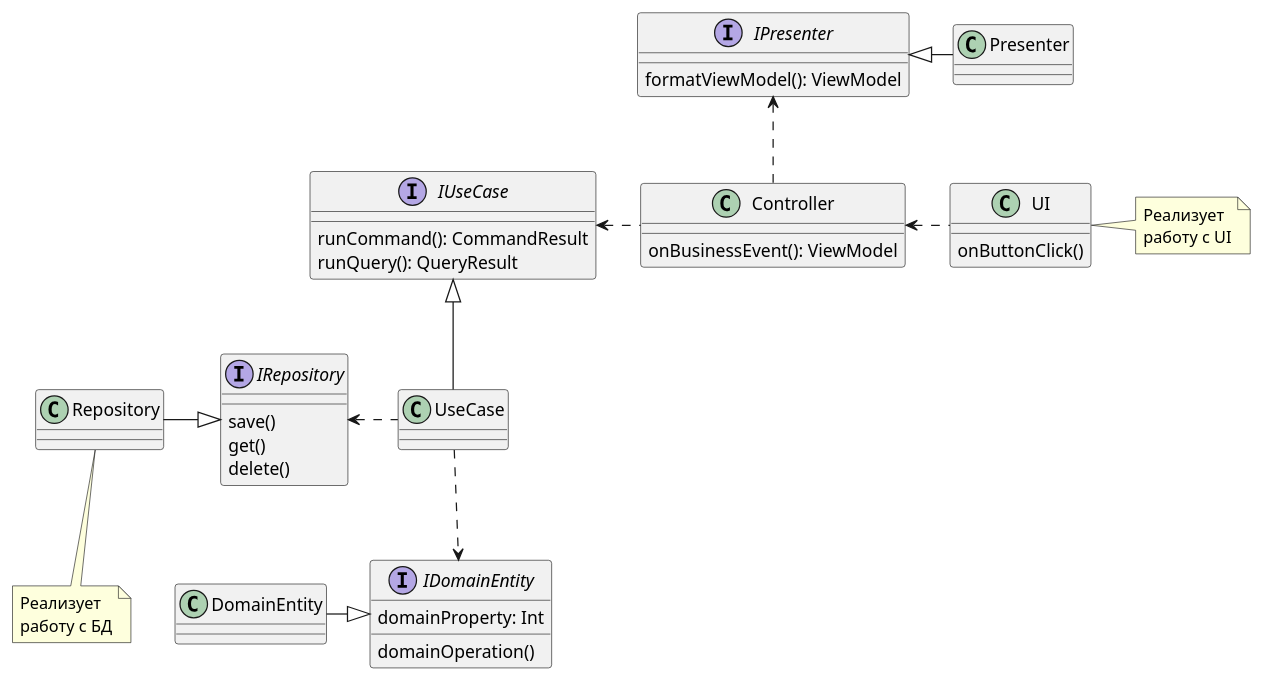
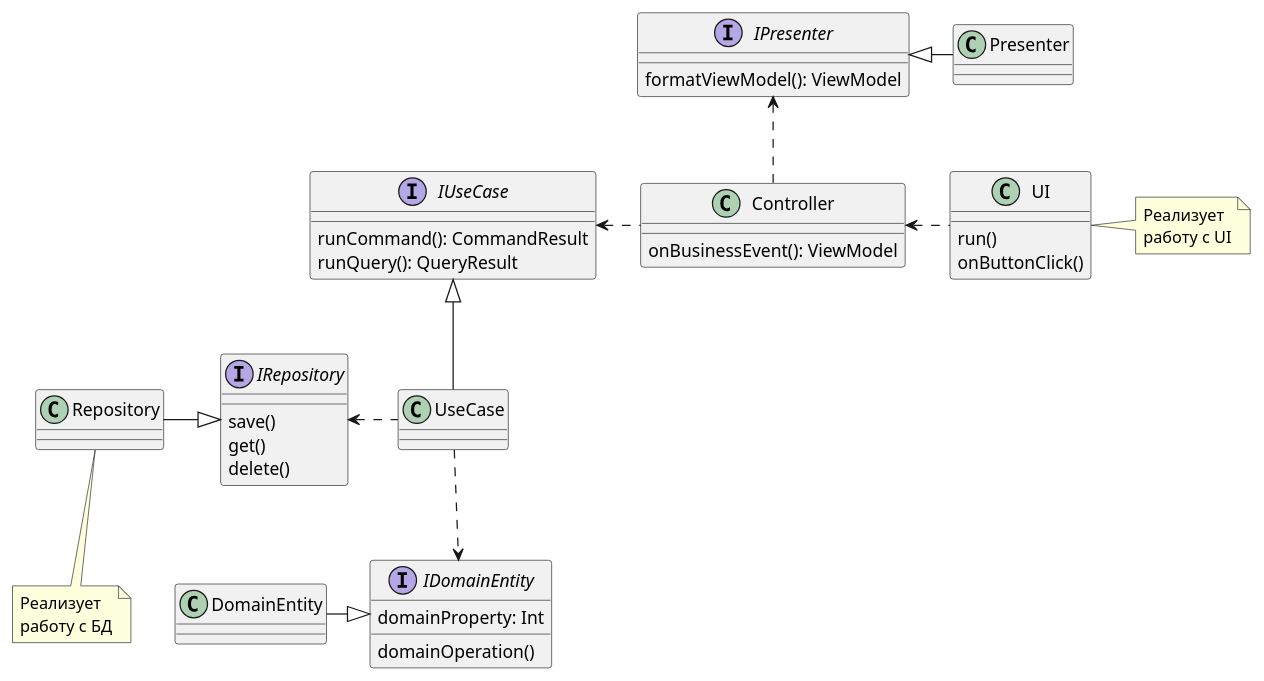
One commit to mikhailandronov/RoversExercise changed the diagram in src/diagrams/CleanArchitecture.puml. Above: the diagram before and after it, drawn with PlantUML. The commit also changed 2 other files, not shown here.

Commit message:
Updated architecture description

```diff
--- a/src/diagrams/CleanArchitecture.puml
+++ b/src/diagrams/CleanArchitecture.puml
@@ -1,55 +1,56 @@
 @startuml
 'https://plantuml.com/class-diagram
 
 interface IDomainEntity{
     domainProperty: Int
     domainOperation()
 }
 class DomainEntity
 DomainEntity -r-|> IDomainEntity
 
 interface IRepository{
     save()
     get()
     delete()
 }
 
 class Repository
 IRepository <|-l- Repository
 note bottom of Repository: Реализует \nработу с БД
 
 interface IPresenter{
     formatViewModel(): ViewModel
 }
 
 class Presenter{
 
 }
 IPresenter <|-r- Presenter
 
 
 interface IUseCase{
     runCommand(): CommandResult
     runQuery(): QueryResult
 }
 class UseCase
 IUseCase <|-d- UseCase
 
 UseCase ..> IDomainEntity
 
 class Controller{
     onBusinessEvent(): ViewModel
 }
 
 Controller .l.> IUseCase
 UseCase .l.> IRepository
 Controller .u.> IPresenter
 
 class UI{
+    run()
     onButtonClick()
 }
 note right of UI: Реализует \nработу с UI
 
 UI .l.> Controller
 
 @enduml
```
